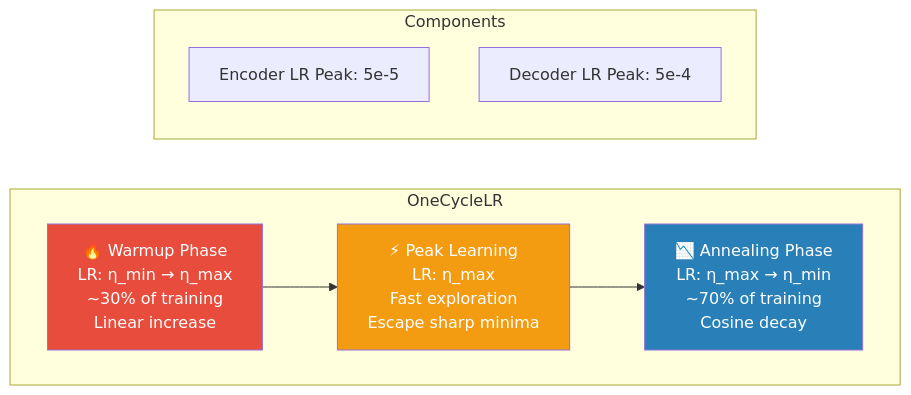
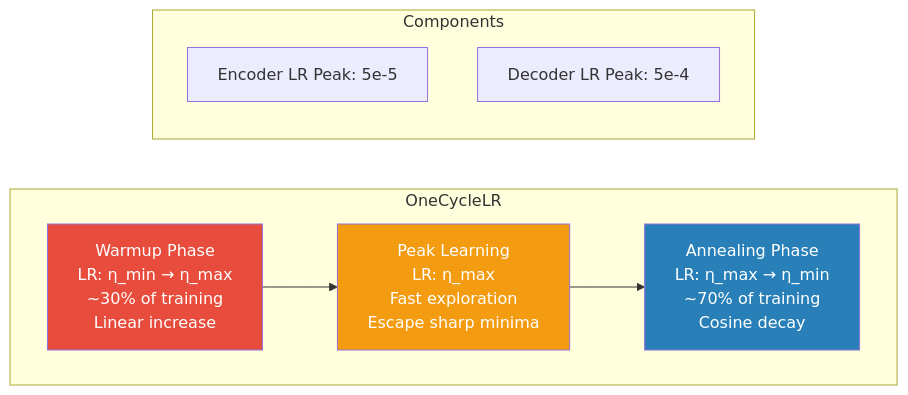
One commit to Vtheonly/Obsidian_Notes changed the second of 2 diagrams in AI/Projects/TAMER Project/TAMER 2/Chapter 1 - Foundations/4. Gradient Descent and Optimizers.md. Above: the diagram before and after it, drawn with Mermaid. The commit also changed 148 other files, not shown here.

````diff
--- a/AI/Projects/TAMER Project/TAMER 2/Chapter 1 - Foundations/4. Gradient Descent and Optimizers.md
+++ b/AI/Projects/TAMER Project/TAMER 2/Chapter 1 - Foundations/4. Gradient Descent and Optimizers.md
@@ -221,25 +221,25 @@
 ```mermaid
 flowchart LR
     subgraph OneCycleLR
         direction LR
-        A["🔥 Warmup Phase
+        A[" Warmup Phase
         LR: η_min → η_max
         ~30% of training
-        Linear increase"] --> B["⚡ Peak Learning
+        Linear increase"] --> B[" Peak Learning
         LR: η_max
         Fast exploration
-        Escape sharp minima"] --> C["📉 Annealing Phase
+        Escape sharp minima"] --> C[" Annealing Phase
         LR: η_max → η_min
         ~70% of training
         Cosine decay"]
     end
 
     subgraph Components
         D["Encoder LR Peak: 5e-5"]
         E["Decoder LR Peak: 5e-4"]
     end
 
     style A fill:#e74c3c,color:#fff
     style B fill:#f39c12,color:#fff
     style C fill:#2980b9,color:#fff
 ```
````
